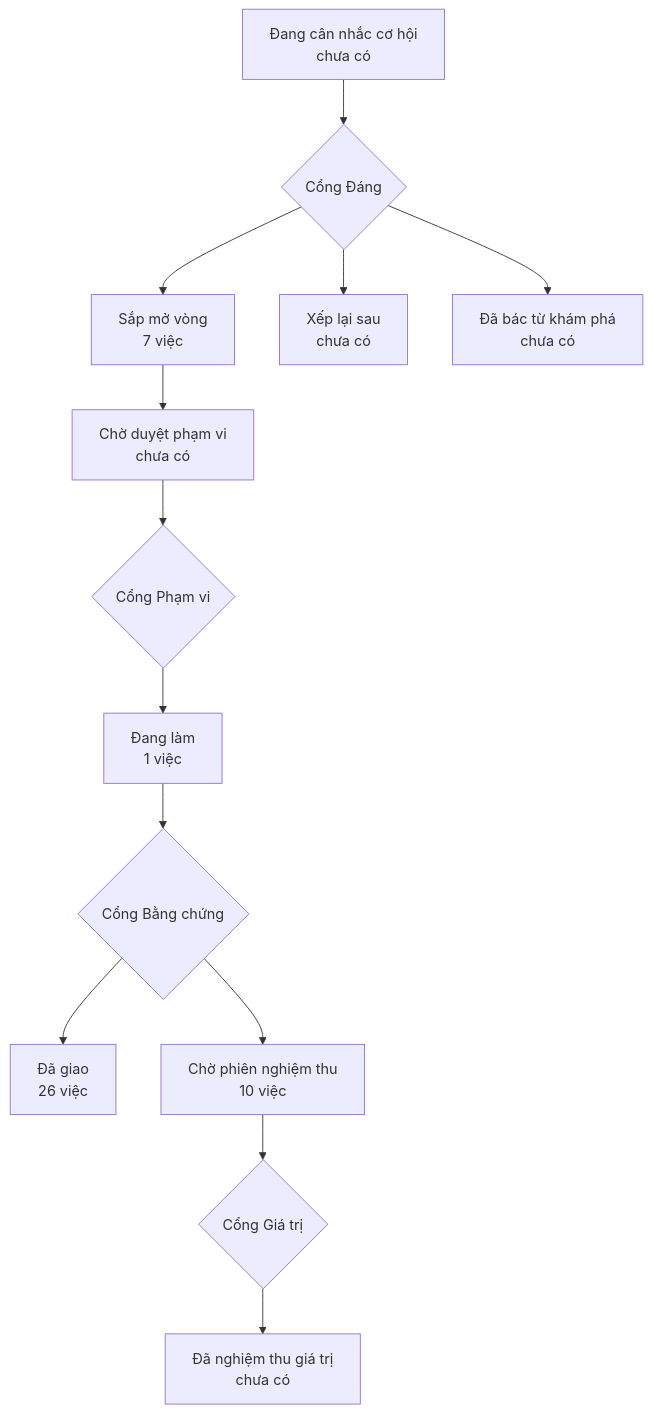
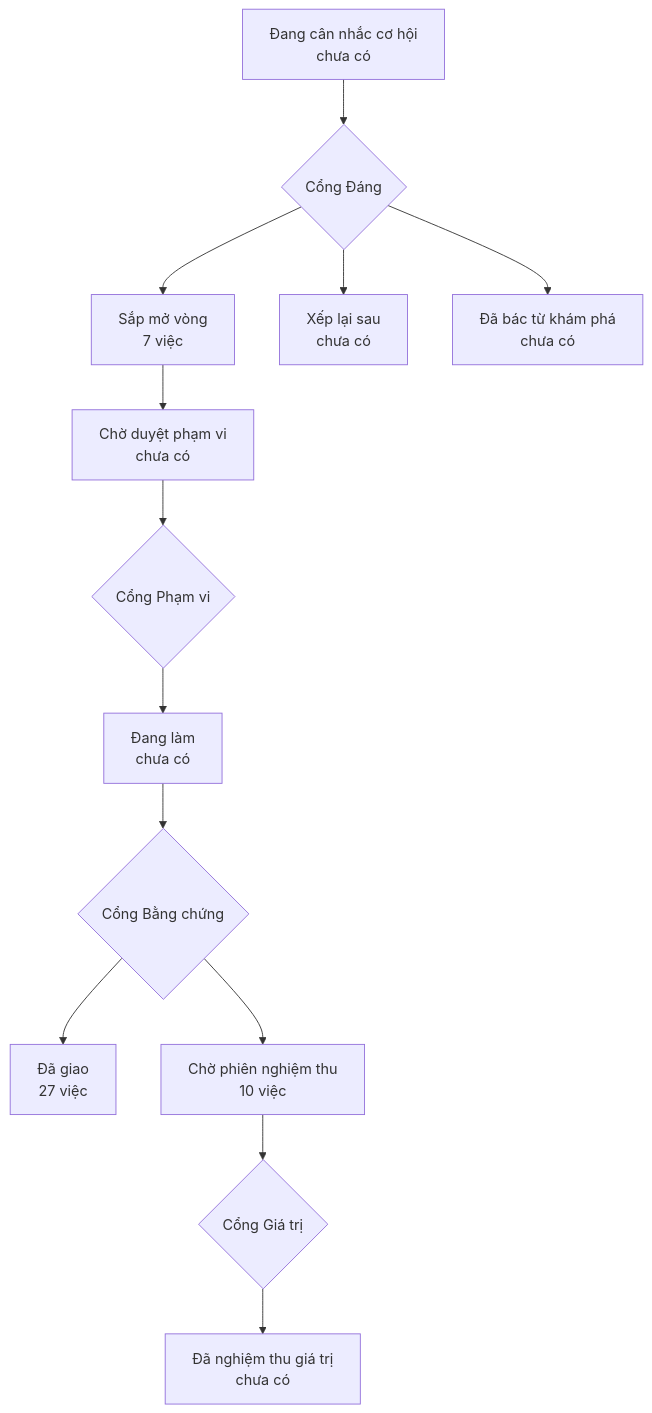
The diagram in PRODUCT-MAP.md (phanlemanh/onehub-invest), drawn with Mermaid before and after one commit. The commit also changed other lines of this file and 4 other files, not shown here.

````diff
--- a/PRODUCT-MAP.md
+++ b/PRODUCT-MAP.md
@@ -7,12 +7,12 @@
 ```mermaid
 flowchart TD
   A["Đang cân nhắc cơ hội<br/>chưa có"] --> GD{"Cổng Đáng"}
   GD --> B["Sắp mở vòng<br/>7 việc"]
   GD --> XL["Xếp lại sau<br/>chưa có"]
   GD --> DB["Đã bác từ khám phá<br/>chưa có"]
   B --> CD["Chờ duyệt phạm vi<br/>chưa có"] --> GP{"Cổng Phạm vi"}
-  GP --> DL["Đang làm<br/>1 việc"] --> GB{"Cổng Bằng chứng"}
-  GB --> DG["Đã giao<br/>26 việc"]
+  GP --> DL["Đang làm<br/>chưa có"] --> GB{"Cổng Bằng chứng"}
+  GB --> DG["Đã giao<br/>27 việc"]
   GB --> CN["Chờ phiên nghiệm thu<br/>10 việc"] --> GG{"Cổng Giá trị"}
   GG --> NT["Đã nghiệm thu giá trị<br/>chưa có"]
 ```
````
